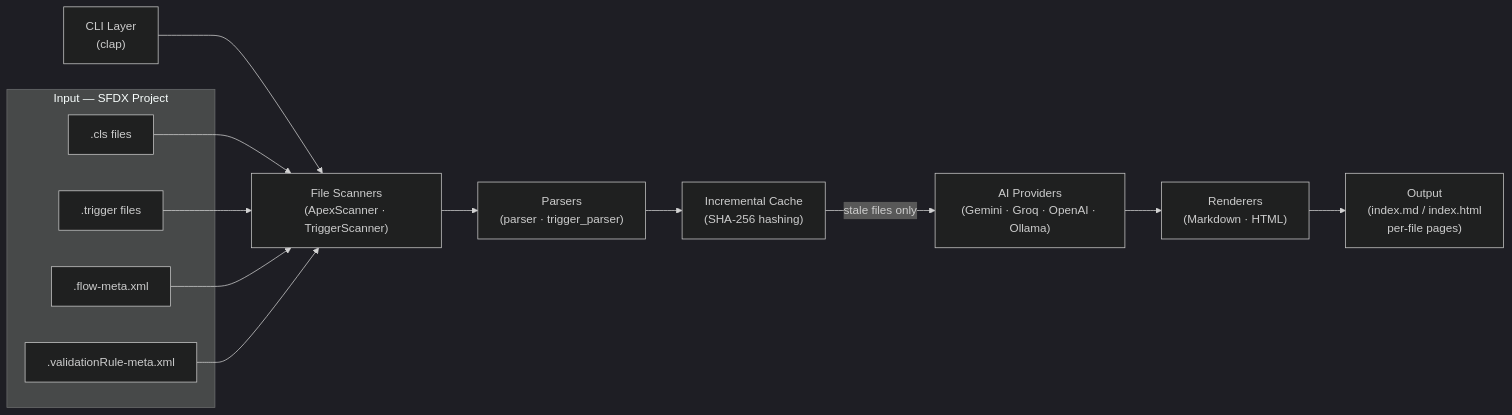
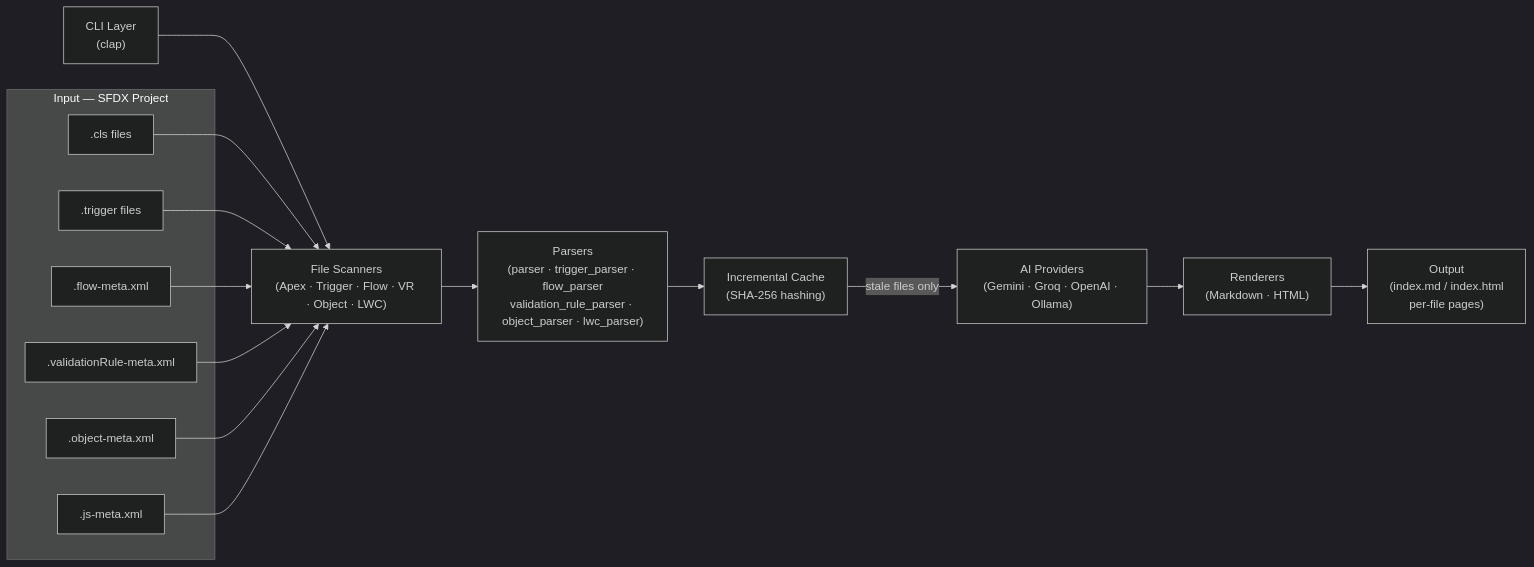
The first of 2 diagrams in project-plan.md (russellwtaylor/sf-docs), drawn with Mermaid (dark theme) before and after one commit. The commit also changed other lines of this file and 13 other files, not shown here.

````diff
--- a/project-plan.md
+++ b/project-plan.md
@@ -90,18 +90,20 @@
 ```mermaid
 flowchart LR
-    CLI["CLI Layer\n(clap)"] --> Scanner["File Scanners\n(ApexScanner · TriggerScanner)"]
-    Scanner --> Parser["Parsers\n(parser · trigger_parser)"]
+    CLI["CLI Layer\n(clap)"] --> Scanner["File Scanners\n(Apex · Trigger · Flow · VR · Object · LWC)"]
+    Scanner --> Parser["Parsers\n(parser · trigger_parser · flow_parser\nvalidation_rule_parser · object_parser · lwc_parser)"]
     Parser --> Cache["Incremental Cache\n(SHA-256 hashing)"]
     Cache -->|stale files only| AI["AI Providers\n(Gemini · Groq · OpenAI · Ollama)"]
     AI --> Renderer["Renderers\n(Markdown · HTML)"]
     Renderer --> Output["Output\n(index.md / index.html\nper-file pages)"]
 
     subgraph input [Input — SFDX Project]
         Cls[".cls files"]
         Trg[".trigger files"]
         Flw[".flow-meta.xml"]
         VR[".validationRule-meta.xml"]
+        Obj[".object-meta.xml"]
+        LWC[".js-meta.xml"]
     end
 
-    Cls & Trg & Flw & VR --> Scanner
+    Cls & Trg & Flw & VR & Obj & LWC --> Scanner
 ```
````
